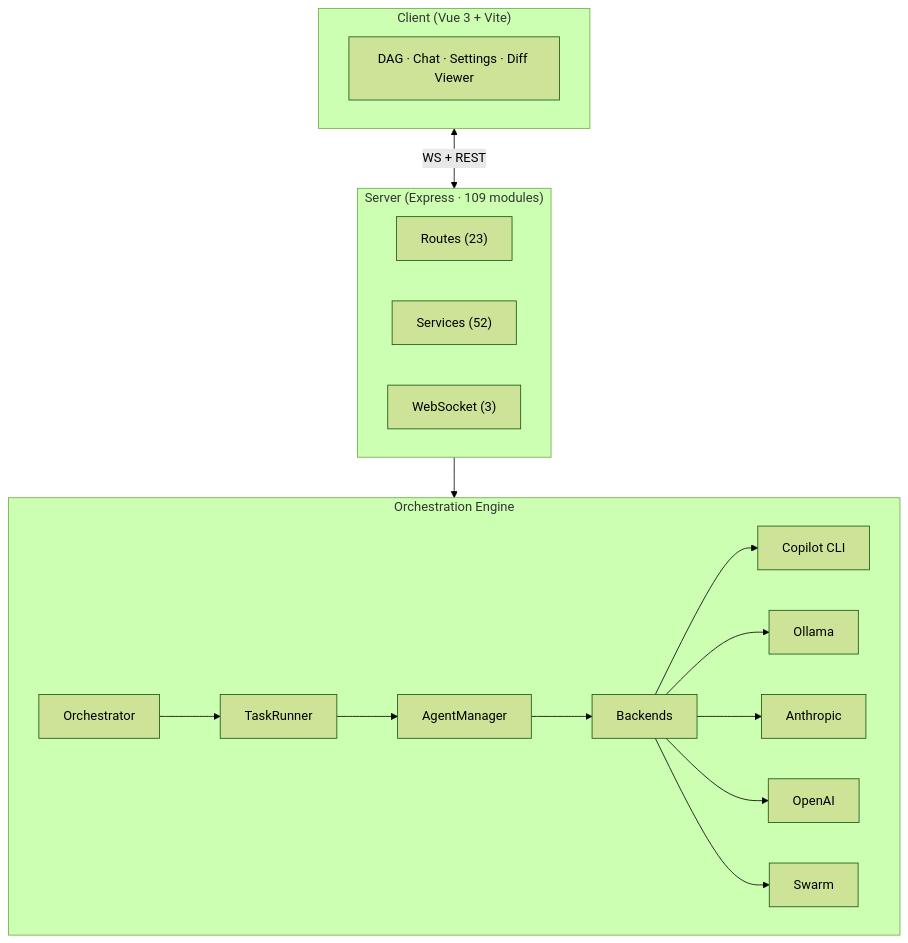
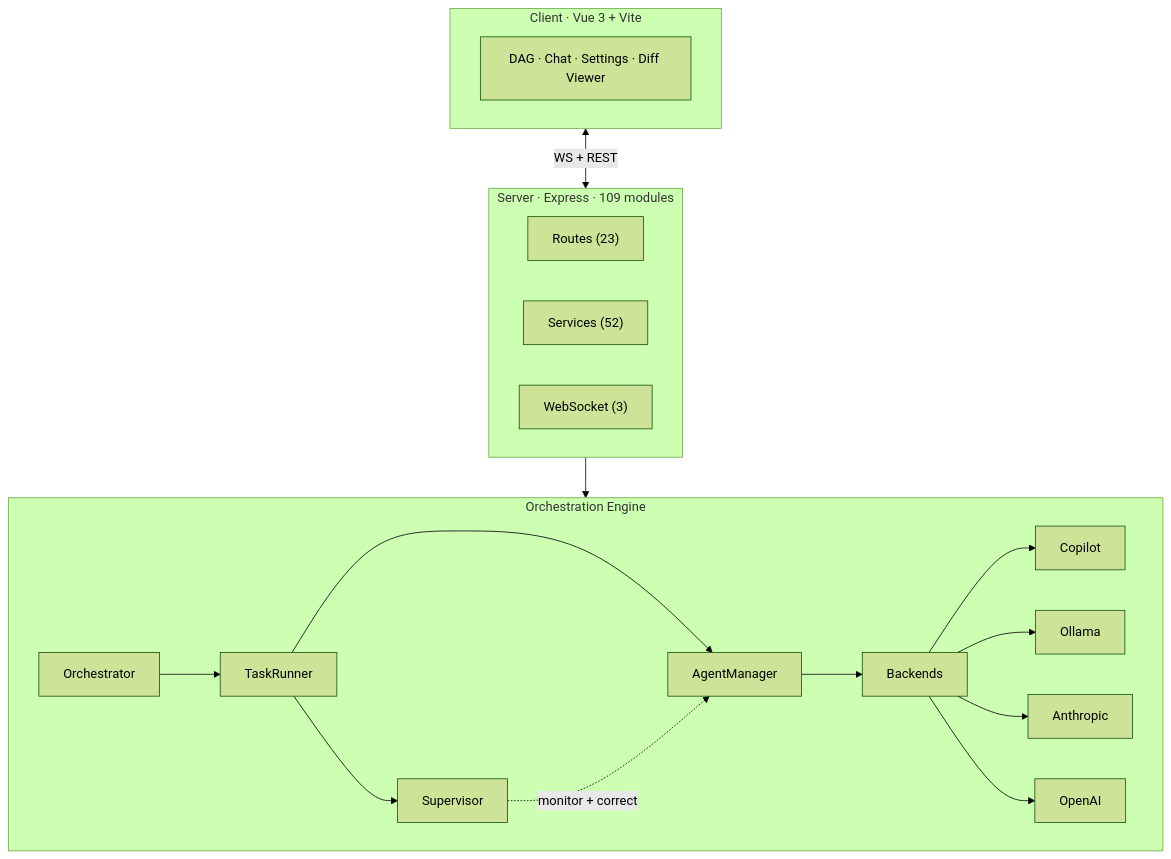
One commit to MrUnreal/hAIvemind changed the third of 3 diagrams in README.md. Above: the diagram before and after it, drawn with Mermaid (forest theme). The commit also changed other lines of this file, not shown here.

First line of the commit message:
docs: overhaul README — top-down diagrams, consolidated features, supervisor in sequence

````diff
--- a/README.md
+++ b/README.md
@@ -127,27 +99,25 @@
 ```mermaid
 graph TB
-  subgraph Client["Client (Vue 3 + Vite)"]
+  subgraph Client["Client · Vue 3 + Vite"]
     UI["DAG · Chat · Settings · Diff Viewer"]
   end
 
-  subgraph Server["Server (Express · 109 modules)"]
+  subgraph Server["Server · Express · 109 modules"]
     direction LR
     R["Routes (23)"]
     S["Services (52)"]
     WS["WebSocket (3)"]
   end
 
   subgraph Engine["Orchestration Engine"]
     ORC["Orchestrator"] --> TK["TaskRunner"]
+    TK --> SUP["Supervisor"]
     TK --> AM["AgentManager"]
+    SUP -.->|"monitor + correct"| AM
     AM --> BE["Backends"]
-    BE --> CP["Copilot CLI"]
-    BE --> OL["Ollama"]
-    BE --> AN["Anthropic"]
-    BE --> OA["OpenAI"]
-    BE --> SW["Swarm"]
+    BE --> CP["Copilot"] & OL["Ollama"] & AN["Anthropic"] & OA["OpenAI"]
   end
 
   Client <-->|"WS + REST"| Server
   Server --> Engine
 ```
````
